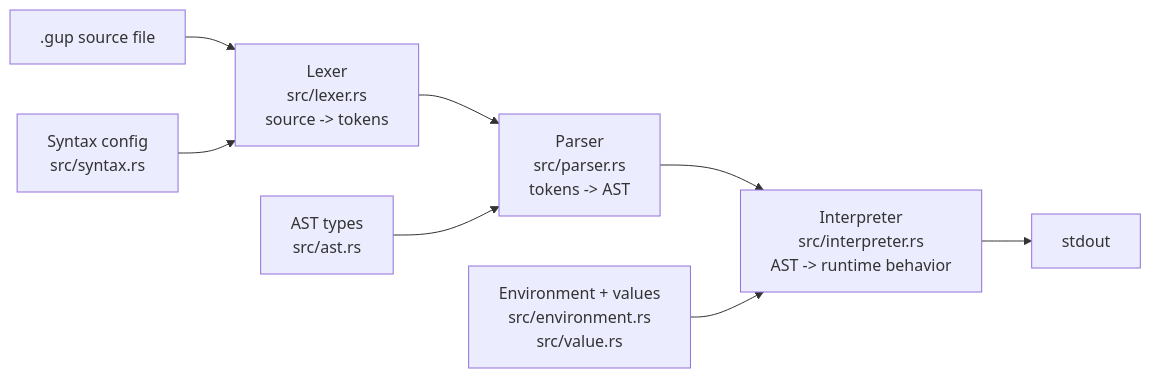
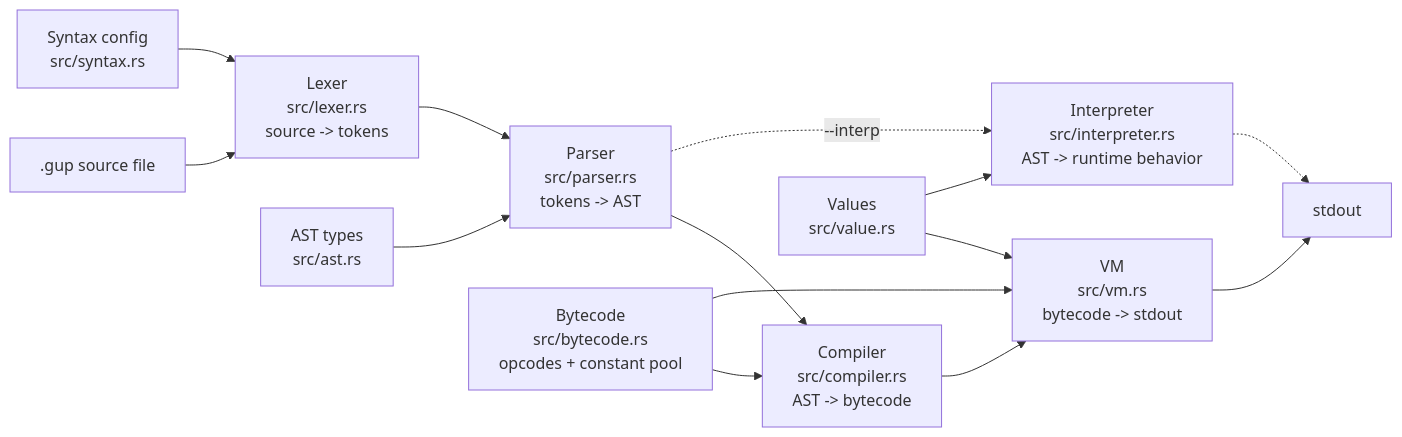
Before and after one commit to adrian-1-cardona/Guppty: the diagram in README.md, drawn with Mermaid. The commit also changed other lines of this file and 5 other files, not shown here.

First line of the commit message:
Add bytecode compiler and stack VM for Guppty

````diff
--- a/README.md
+++ b/README.md
@@ -57,10 +63,16 @@
 ```mermaid
 flowchart LR
     Source[".gup source file"] --> Lexer["Lexer<br/>src/lexer.rs<br/>source -> tokens"]
     Lexer --> Parser["Parser<br/>src/parser.rs<br/>tokens -> AST"]
-    Parser --> Interpreter["Interpreter<br/>src/interpreter.rs<br/>AST -> runtime behavior"]
-    Interpreter --> Output["stdout"]
+    Parser --> Compiler["Compiler<br/>src/compiler.rs<br/>AST -> bytecode"]
+    Compiler --> VM["VM<br/>src/vm.rs<br/>bytecode -> stdout"]
+    Parser -.->|"--interp"| Interpreter["Interpreter<br/>src/interpreter.rs<br/>AST -> runtime behavior"]
+    Interpreter -.-> Output["stdout"]
+    VM --> Output
+    Bytecode["Bytecode<br/>src/bytecode.rs<br/>opcodes + constant pool"] --> Compiler
+    Bytecode --> VM
     Syntax["Syntax config<br/>src/syntax.rs"] --> Lexer
     AST["AST types<br/>src/ast.rs"] --> Parser
-    Env["Environment + values<br/>src/environment.rs<br/>src/value.rs"] --> Interpreter
+    Values["Values<br/>src/value.rs"] --> VM
+    Values --> Interpreter
 ```
````
